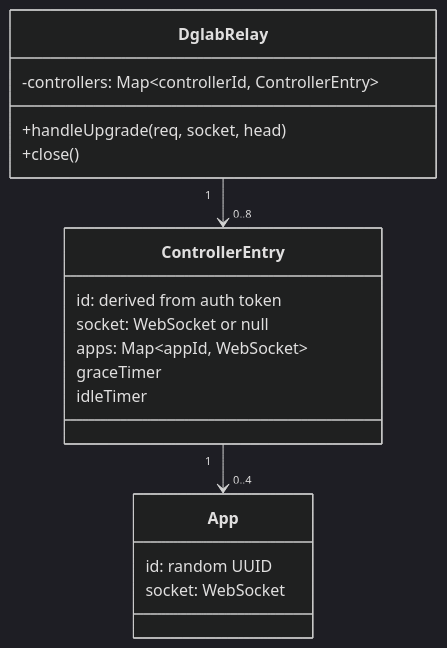
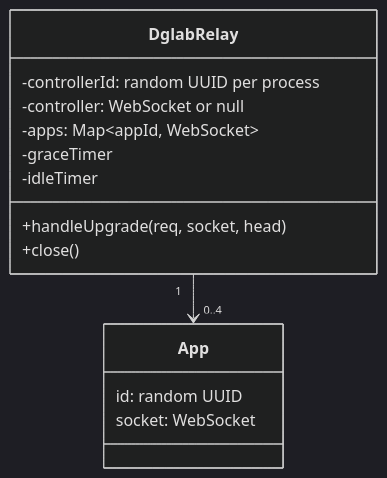
The seventh of 7 diagrams in docs/developer/server.md (lumbar-spine-support/docker-haptic-player), drawn with Mermaid (dark theme) before and after one commit. The commit also changed other lines of this file and 6 other files, not shown here.

Commit message:
refactor: only one controller possible for dg-lab app connection; this strictly reduces functionality of e-stim to one user per HAPPY server, but should not be an issue; reduced code by about 25%

````diff
--- a/docs/developer/server.md
+++ b/docs/developer/server.md
@@ -171,21 +171,17 @@
 ```mermaid
 classDiagram
   class DglabRelay {
     +handleUpgrade(req, socket, head)
     +close()
-    -controllers: Map~controllerId, ControllerEntry~
+    -controllerId: random UUID per process
+    -controller: WebSocket or null
+    -apps: Map~appId, WebSocket~
+    -graceTimer
+    -idleTimer
   }
-  class ControllerEntry {
-    id: derived from auth token
-    socket: WebSocket or null
-    apps: Map~appId, WebSocket~
-    graceTimer
-    idleTimer
-  }
-  DglabRelay "1" --> "0..8" ControllerEntry
-  ControllerEntry "1" --> "0..4" App
+  DglabRelay "1" --> "0..4" App
   class App {
     id: random UUID
     socket: WebSocket
   }
 ```
````
